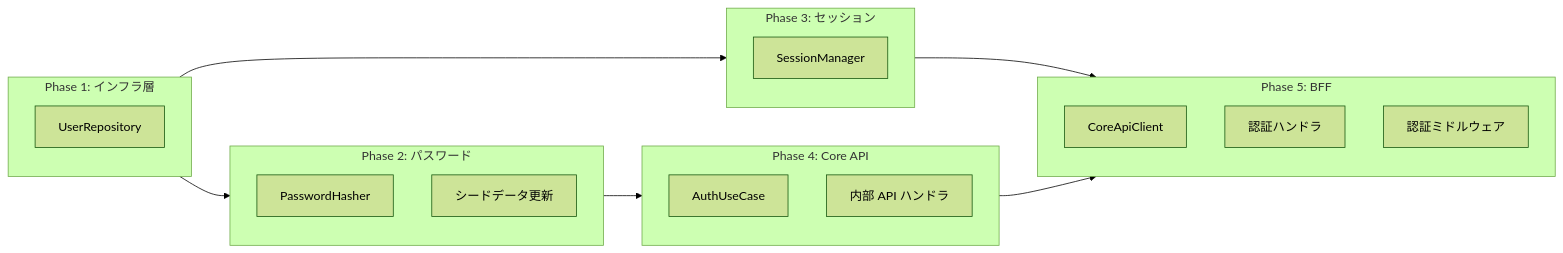
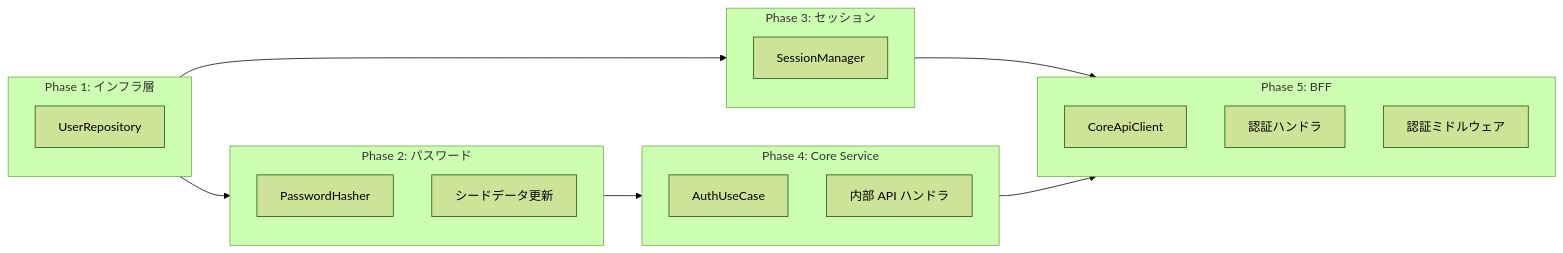
Before and after one commit to ka2kama/ringiflow: the third of 3 diagrams in docs/03_詳細設計書/07_認証機能設計.md, drawn with Mermaid (forest theme). The commit also changed other lines of this file and 55 other files, not shown here.

````diff
--- a/docs/03_詳細設計書/07_認証機能設計.md
+++ b/docs/03_詳細設計書/07_認証機能設計.md
@@ -405,32 +405,32 @@
 ```mermaid
 flowchart LR
     subgraph Phase1["Phase 1: インフラ層"]
         A1["UserRepository"]
     end
 
     subgraph Phase2["Phase 2: パスワード"]
         B1["PasswordHasher"]
         B2["シードデータ更新"]
     end
 
     subgraph Phase3["Phase 3: セッション"]
         C1["SessionManager"]
     end
 
-    subgraph Phase4["Phase 4: Core API"]
+    subgraph Phase4["Phase 4: Core Service"]
         D1["AuthUseCase"]
         D2["内部 API ハンドラ"]
     end
 
     subgraph Phase5["Phase 5: BFF"]
         E1["CoreApiClient"]
         E2["認証ハンドラ"]
         E3["認証ミドルウェア"]
     end
 
     Phase1 --> Phase2
     Phase1 --> Phase3
     Phase2 --> Phase4
     Phase3 --> Phase5
     Phase4 --> Phase5
 ```
````
